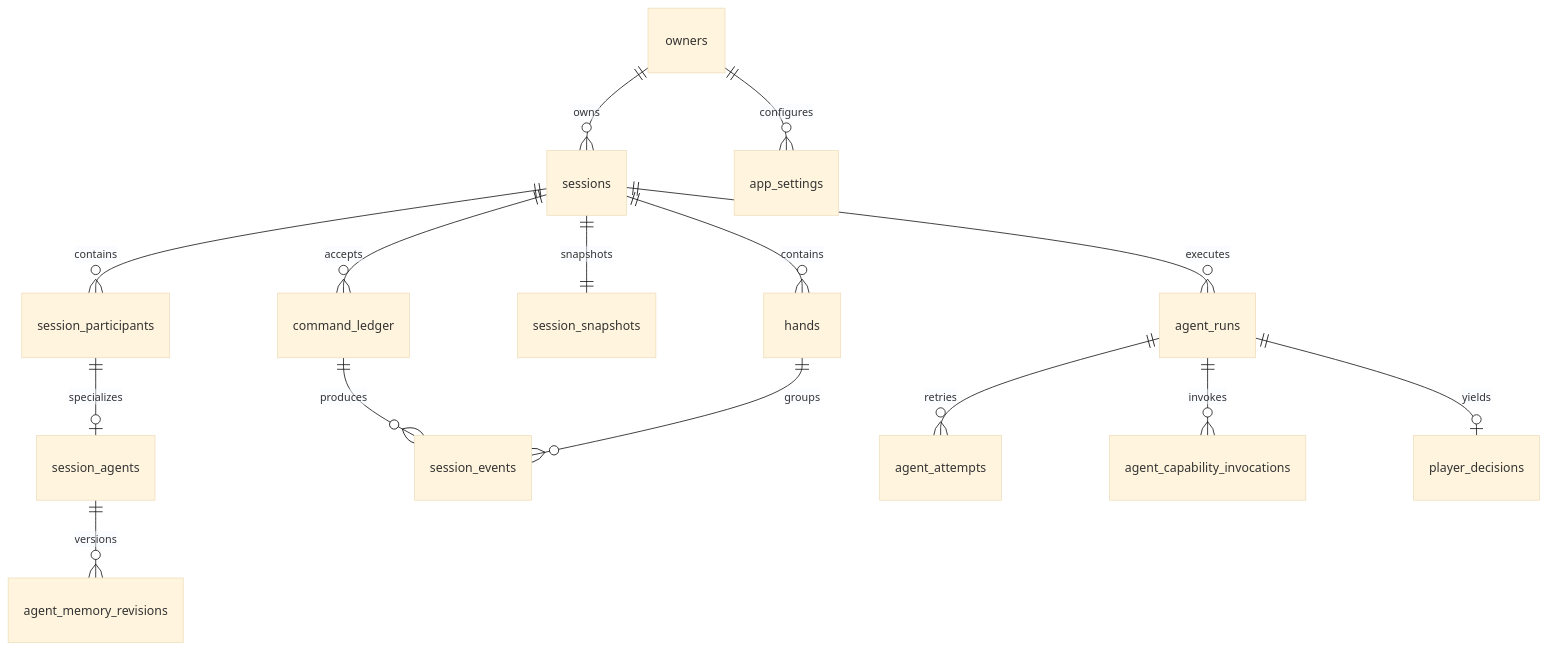
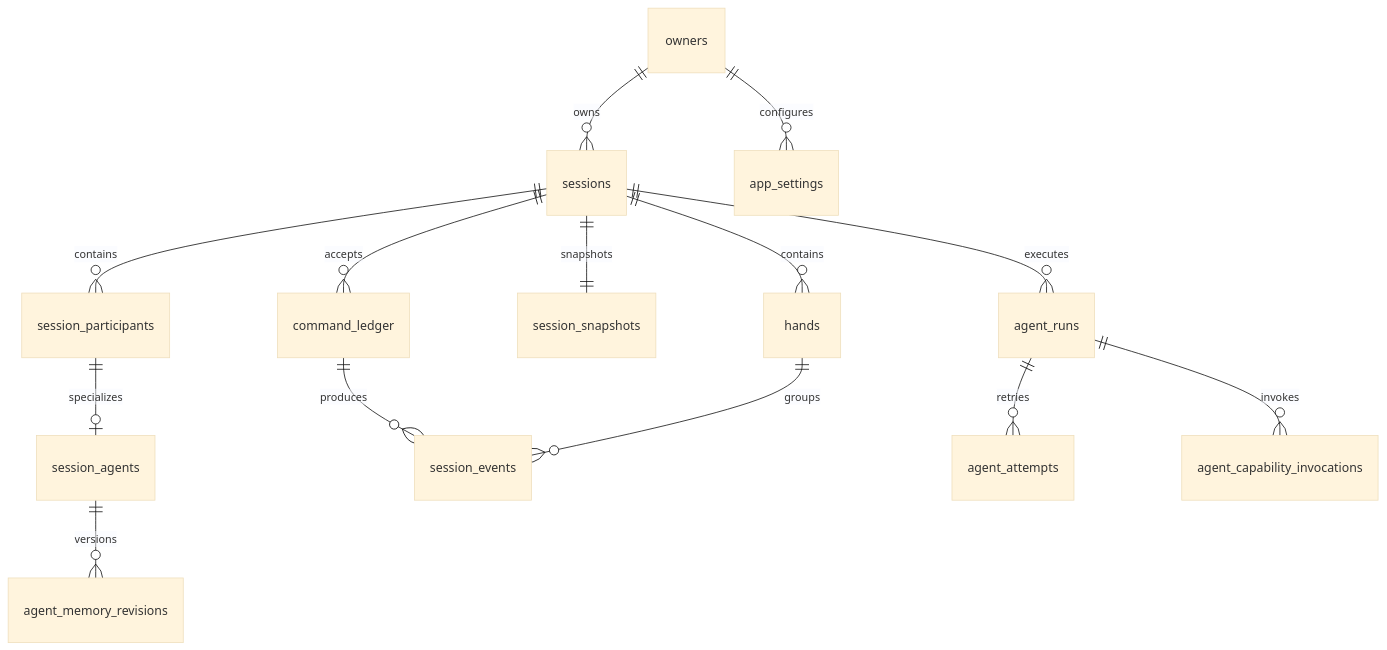
Before and after one commit to PANYUXIN6/TX-holdem-coach: the diagram in docs/m2-2-schema-data-dictionary.md, drawn with Mermaid (base theme). The commit also changed other lines of this file and 112 other files, not shown here.

````diff
--- a/docs/m2-2-schema-data-dictionary.md
+++ b/docs/m2-2-schema-data-dictionary.md
@@ -50,17 +50,16 @@
 ```mermaid
 erDiagram
   owners ||--o{ sessions : owns
   owners ||--o{ app_settings : configures
   sessions ||--o{ session_participants : contains
   session_participants ||--o| session_agents : specializes
   session_agents ||--o{ agent_memory_revisions : versions
   sessions ||--o{ hands : contains
   sessions ||--|| session_snapshots : snapshots
   sessions ||--o{ command_ledger : accepts
   command_ledger ||--o{ session_events : produces
   hands ||--o{ session_events : groups
   sessions ||--o{ agent_runs : executes
   agent_runs ||--o{ agent_attempts : retries
   agent_runs ||--o{ agent_capability_invocations : invokes
-  agent_runs ||--o| player_decisions : yields
 ```
````
